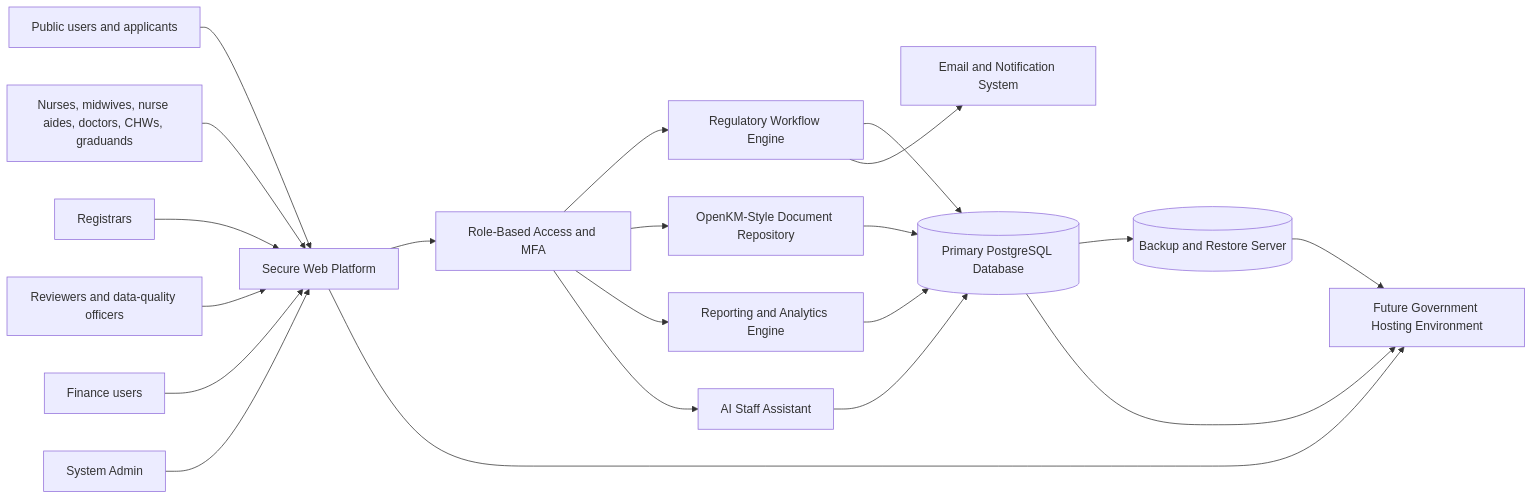
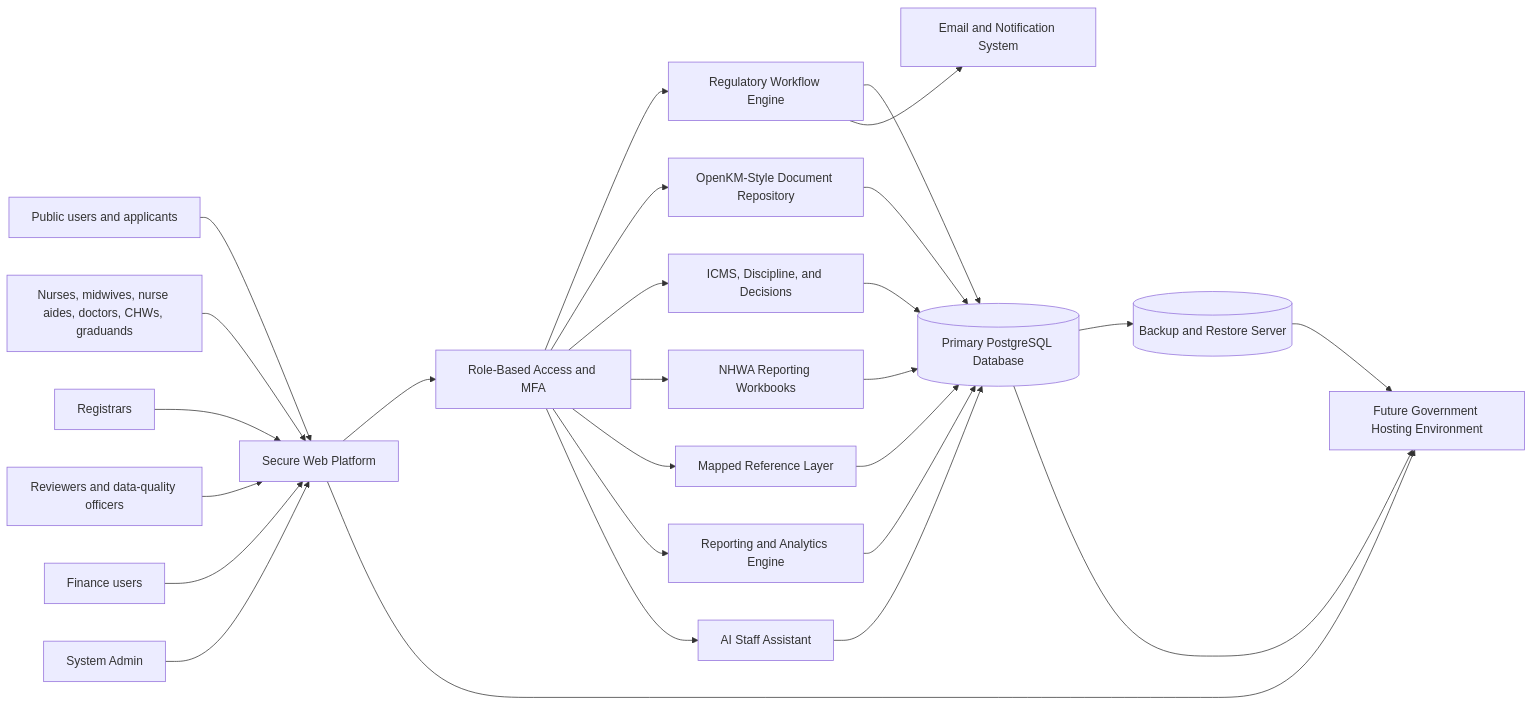
The first of 5 diagrams in docs/government_launch_package/02_technical_architecture.md (darrenpp/DjangoProject), drawn with Mermaid before and after one commit. The commit also changed other lines of this file and 461 other files, not shown here.

````diff
--- a/docs/government_launch_package/02_technical_architecture.md
+++ b/docs/government_launch_package/02_technical_architecture.md
@@ -5,42 +5,51 @@
 ```mermaid
 flowchart LR
     Public[Public users and applicants]
     Professionals[Nurses, midwives, nurse aides, doctors, CHWs, graduands]
     Registrars[Registrars]
     Reviewers[Reviewers and data-quality officers]
     Finance[Finance users]
     Admin[System Admin]
 
     Web[Secure Web Platform]
     RBAC[Role-Based Access and MFA]
     Workflow[Regulatory Workflow Engine]
     Docs[OpenKM-Style Document Repository]
+    Cases[ICMS, Discipline, and Decisions]
+    NHWA[NHWA Reporting Workbooks]
+    Map[Mapped Reference Layer]
     Reports[Reporting and Analytics Engine]
     AI[AI Staff Assistant]
     Email[Email and Notification System]
     DB[(Primary PostgreSQL Database)]
     Backup[(Backup and Restore Server)]
     GovHost[Future Government Hosting Environment]
 
     Public --> Web
     Professionals --> Web
     Registrars --> Web
     Reviewers --> Web
     Finance --> Web
     Admin --> Web
 
     Web --> RBAC
     RBAC --> Workflow
     RBAC --> Docs
+    RBAC --> Cases
+    RBAC --> NHWA
+    RBAC --> Map
     RBAC --> Reports
     RBAC --> AI
     Workflow --> DB
     Docs --> DB
+    Cases --> DB
+    NHWA --> DB
+    Map --> DB
     Reports --> DB
     AI --> DB
     Workflow --> Email
     DB --> Backup
     Web --> GovHost
     DB --> GovHost
     Backup --> GovHost
 ```
````
